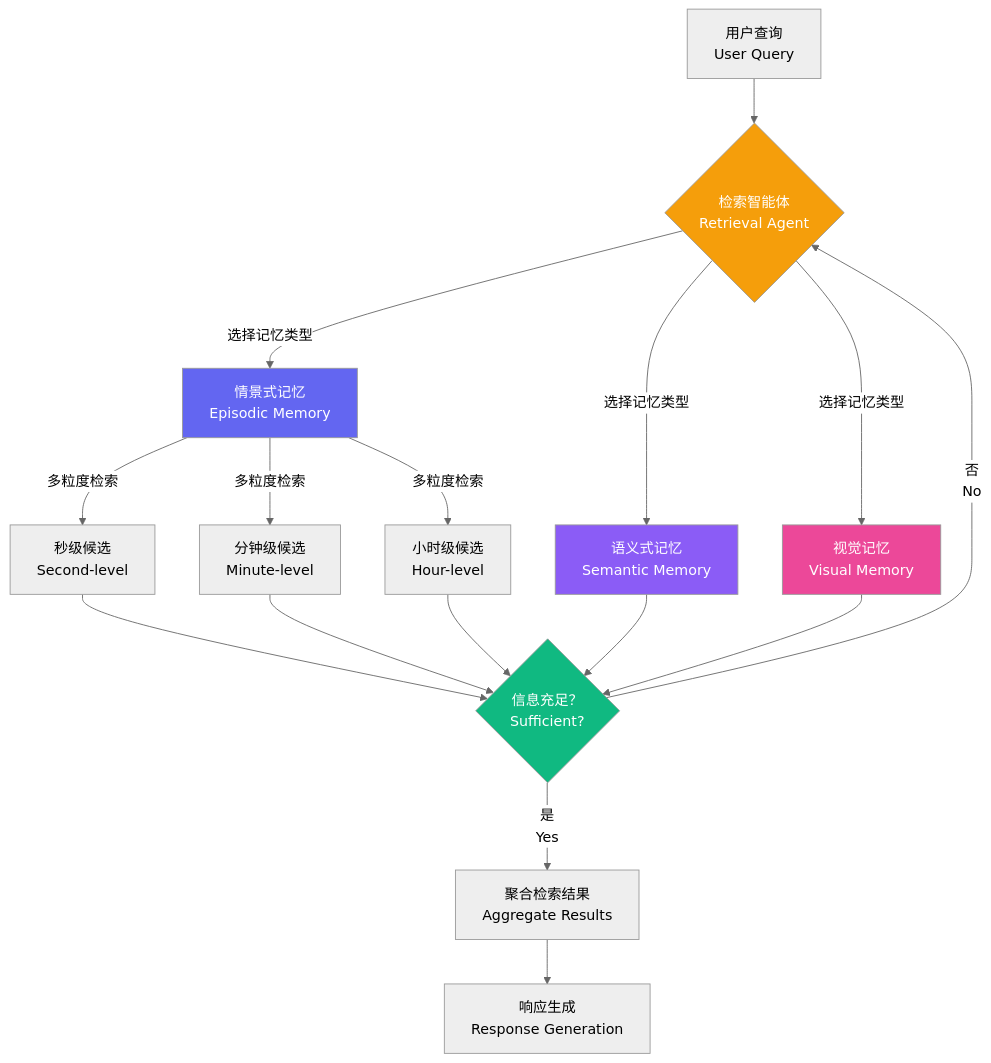
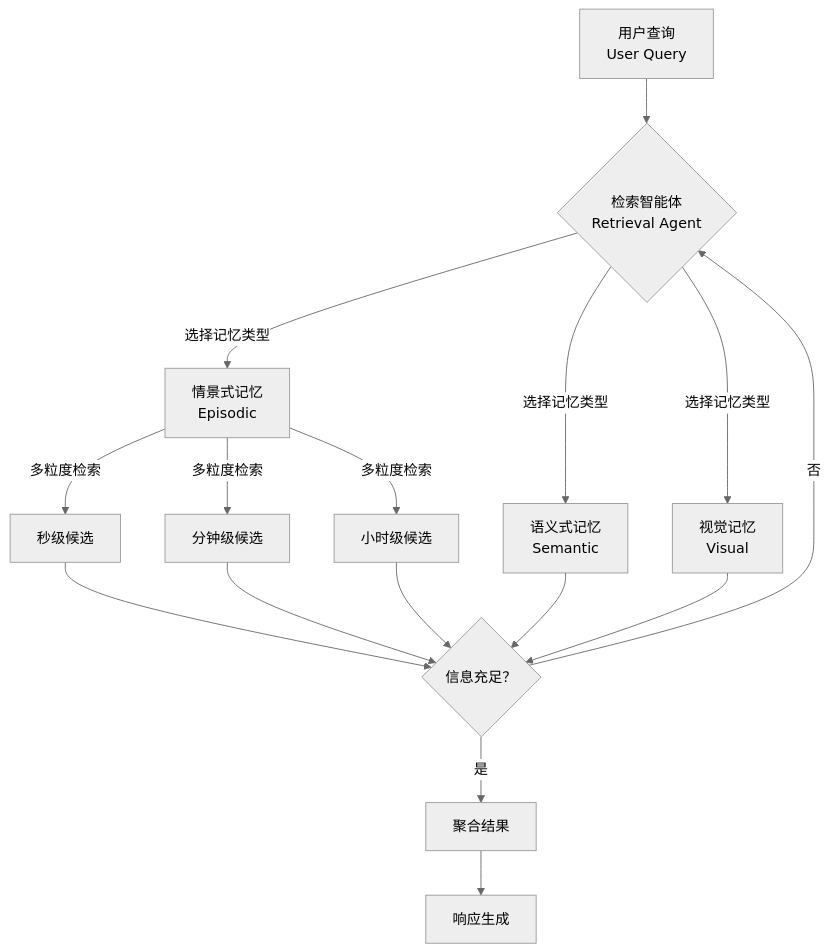
The third of 3 diagrams in papers/2025/05_2025-12_WorldMM-动态多模态记忆智能体_2026-03-22.md (Haiyoung/AgentMemoryAtlas), drawn with Mermaid (neutral theme) before and after one commit. The commit also changed other lines of this file and 1 other file, not shown here.

First line of the commit message:
按照 Memory Matters More 模板重新生成 WorldMM 文档

````diff
--- a/papers/2025/05_2025-12_WorldMM-动态多模态记忆智能体_2026-03-22.md
+++ b/papers/2025/05_2025-12_WorldMM-动态多模态记忆智能体_2026-03-22.md
@@ -188,29 +119,22 @@
 ```mermaid
 flowchart TB
-    Q[用户查询\nUser Query] --> R{检索智能体\nRetrieval Agent}
+    Q[用户查询\nUser Query] --> Agent{检索智能体\nRetrieval Agent}
     
-    R -->|选择记忆类型 | M1[情景式记忆\nEpisodic Memory]
-    R -->|选择记忆类型 | M2[语义式记忆\nSemantic Memory]
-    R -->|选择记忆类型 | M3[视觉记忆\nVisual Memory]
+    Agent -->|选择记忆类型 | E[情景式记忆\nEpisodic]
+    Agent -->|选择记忆类型 | S[语义式记忆\nSemantic]
+    Agent -->|选择记忆类型 | V[视觉记忆\nVisual]
     
-    M1 -->|多粒度检索 | G1[秒级候选\nSecond-level]
-    M1 -->|多粒度检索 | G2[分钟级候选\nMinute-level]
-    M1 -->|多粒度检索 | G3[小时级候选\nHour-level]
+    E -->|多粒度检索 | G1[秒级候选]
+    E -->|多粒度检索 | G2[分钟级候选]
+    E -->|多粒度检索 | G3[小时级候选]
     
-    G1 --> J{信息充足？\nSufficient?}
-    G2 --> J
-    G3 --> J
-    M2 --> J
-    M3 --> J
+    G1 --> Check{信息充足？}
+    G2 --> Check
+    G3 --> Check
+    S --> Check
+    V --> Check
     
-    J -->|否\nNo | R
-    J -->|是\nYes | A[聚合检索结果\nAggregate Results]
-    
-    A --> RESP[响应生成\nResponse Generation]
-    
-    style R fill:#f59e0b,color:#fff
-    style J fill:#10b981,color:#fff
-    style M1 fill:#6366f1,color:#fff
-    style M2 fill:#8b5cf6,color:#fff
-    style M3 fill:#ec4899,color:#fff
+    Check -->|否 | Agent
+    Check -->|是 | Aggregate[聚合结果]
+    Aggregate --> Response[响应生成]
 ```
````
